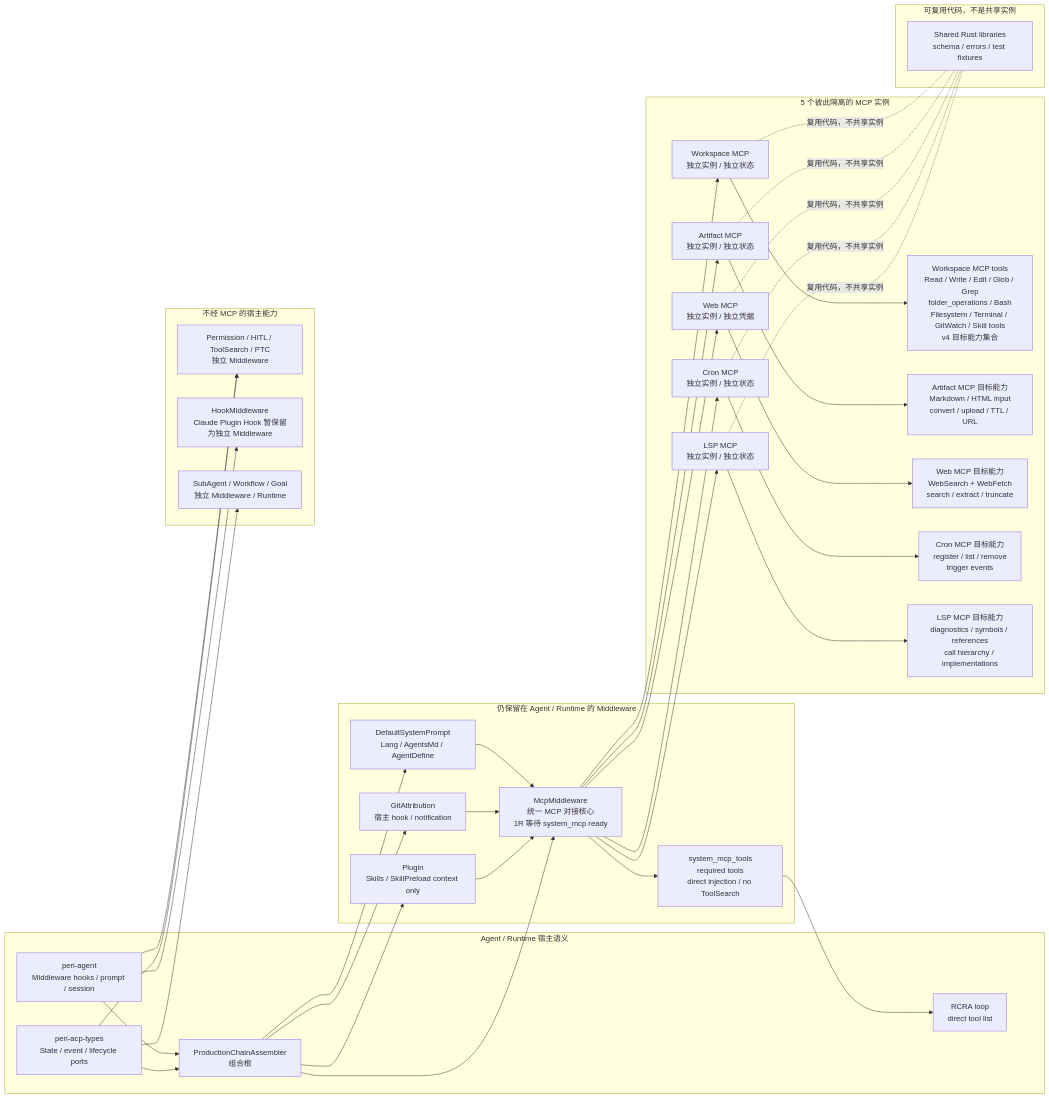
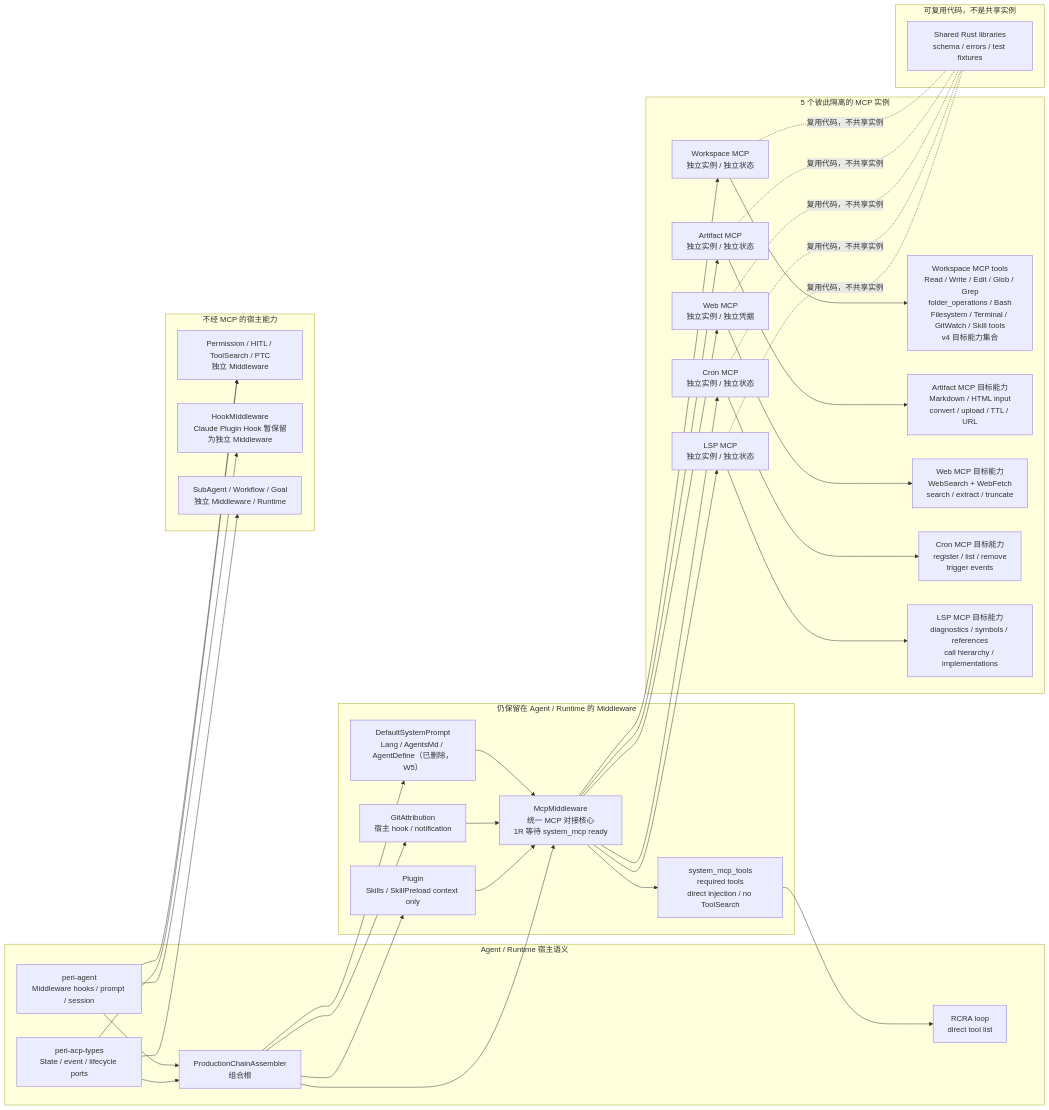
Before and after one commit to KonghaYao/peri: the diagram in docs/design/mcp-adaptation-v4-part-1.md, drawn with Mermaid. The commit also changed other lines of this file and 27 other files, not shown here.

````diff
--- a/docs/design/mcp-adaptation-v4-part-1.md
+++ b/docs/design/mcp-adaptation-v4-part-1.md
@@ -82,80 +82,80 @@
 ```mermaid
 flowchart LR
     subgraph HOST[Agent / Runtime 宿主语义]
         AGENT[peri-agent<br/>Middleware hooks / prompt / session]
         PORTS[peri-acp-types<br/>State / event / lifecycle ports]
         ASSEMBLY[ProductionChainAssembler<br/>组合根]
         RCRA[RCRA loop<br/>direct tool list]
     end
 
     subgraph ADAPTERS[仍保留在 Agent / Runtime 的 Middleware]
-        CONTEXT[DefaultSystemPrompt<br/>Lang / AgentsMd / AgentDefine]
+        CONTEXT[DefaultSystemPrompt<br/>Lang / AgentsMd / AgentDefine（已删除，W5）]
         WORKSPACE[GitAttribution<br/>宿主 hook / notification]
         EXT[Plugin<br/>Skills / SkillPreload context only]
         MCP_MW[McpMiddleware<br/>统一 MCP 对接核心<br/>1R 等待 system_mcp ready]
         SYSTEM_TOOLS[system_mcp_tools<br/>required tools<br/>direct injection / no ToolSearch]
     end
 
     subgraph MCP[5 个彼此隔离的 MCP 实例]
         WS[Workspace MCP<br/>独立实例 / 独立状态]
         WSCAP[Workspace MCP tools<br/>Read / Write / Edit / Glob / Grep<br/>folder_operations / Bash<br/>Filesystem / Terminal / GitWatch / Skill tools<br/>v4 目标能力集合]
 
         ART[Artifact MCP<br/>独立实例 / 独立状态]
         ARTCAP[Artifact MCP 目标能力<br/>Markdown / HTML input<br/>convert / upload / TTL / URL]
 
         WEB_MCP[Web MCP<br/>独立实例 / 独立凭据]
         WEBCAP[Web MCP 目标能力<br/>WebSearch + WebFetch<br/>search / extract / truncate]
 
         CRON[Cron MCP<br/>独立实例 / 独立状态]
         CRONCAP[Cron MCP 目标能力<br/>register / list / remove<br/>trigger events]
 
         LSP[LSP MCP<br/>独立实例 / 独立状态]
         LSPCAP[LSP MCP 目标能力<br/>diagnostics / symbols / references<br/>call hierarchy / implementations]
     end
 
     subgraph LIBS[可复用代码，不是共享实例]
         COMMON[Shared Rust libraries<br/>schema / errors / test fixtures]
     end
 
     subgraph DIRECT[不经 MCP 的宿主能力]
         CONTROL[Permission / HITL / ToolSearch / PTC<br/>独立 Middleware]
         HOOK[HookMiddleware<br/>Claude Plugin Hook 暂保留为独立 Middleware]
         RUNTIME[SubAgent / Workflow / Goal<br/>独立 Middleware / Runtime]
     end
 
     AGENT --> ASSEMBLY
     PORTS --> ASSEMBLY
     ASSEMBLY --> CONTEXT
     ASSEMBLY --> WORKSPACE
     ASSEMBLY --> EXT
     ASSEMBLY --> MCP_MW
 
     CONTEXT --> MCP_MW
     WORKSPACE --> MCP_MW
     EXT --> MCP_MW
 
     MCP_MW --> WS
     MCP_MW --> ART
     MCP_MW --> WEB_MCP
     MCP_MW --> CRON
     MCP_MW --> LSP
     MCP_MW --> SYSTEM_TOOLS
     SYSTEM_TOOLS --> RCRA
 
     WS --> WSCAP
     ART --> ARTCAP
     WEB_MCP --> WEBCAP
     CRON --> CRONCAP
     LSP --> LSPCAP
 
     WS -. "复用代码，不共享实例" .- COMMON
     ART -. "复用代码，不共享实例" .- COMMON
     WEB_MCP -. "复用代码，不共享实例" .- COMMON
     CRON -. "复用代码，不共享实例" .- COMMON
     LSP -. "复用代码，不共享实例" .- COMMON
 
     AGENT --> CONTROL
     PORTS --> CONTROL
     AGENT --> HOOK
     PORTS --> RUNTIME
 ```
````
